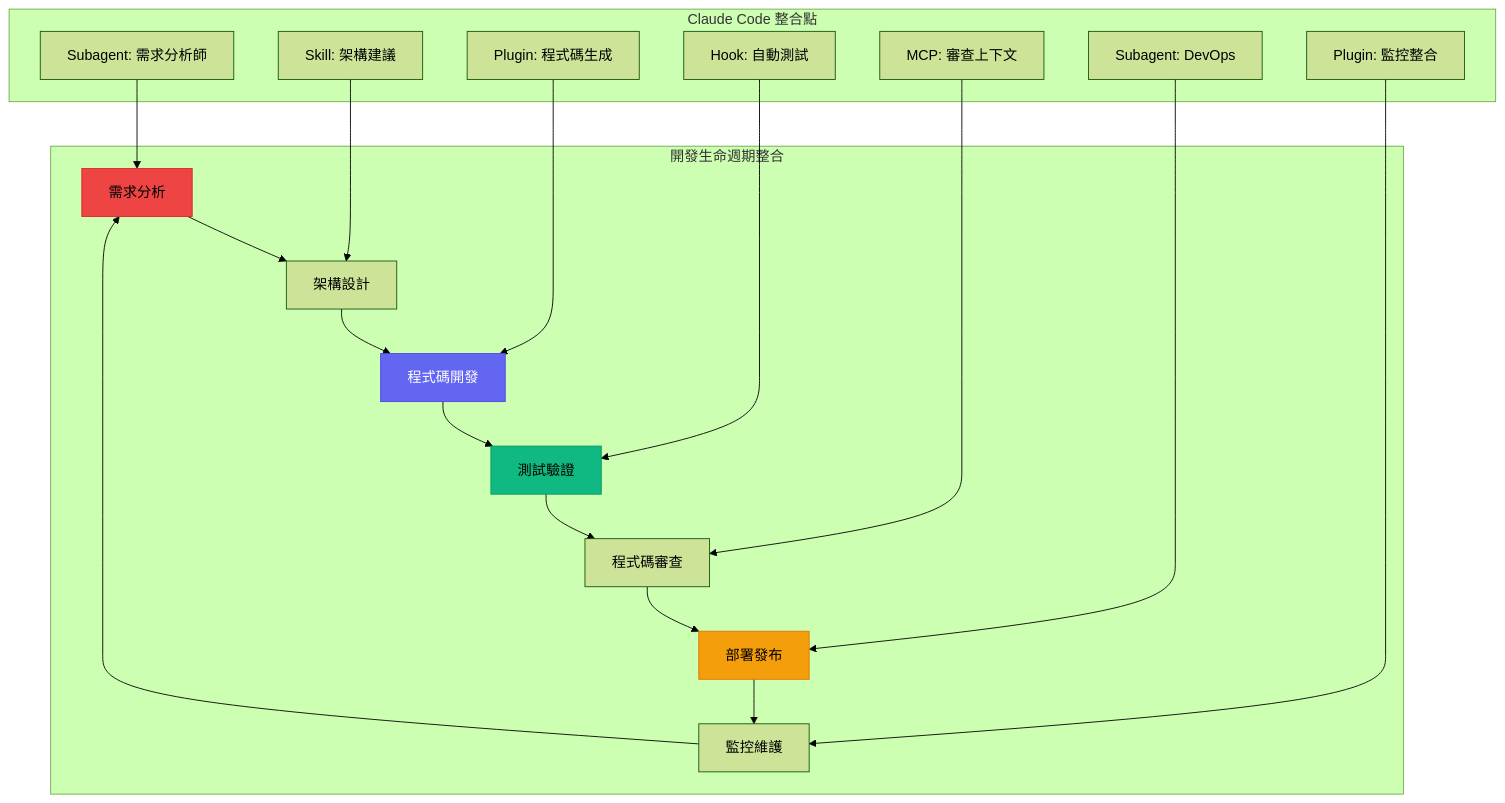
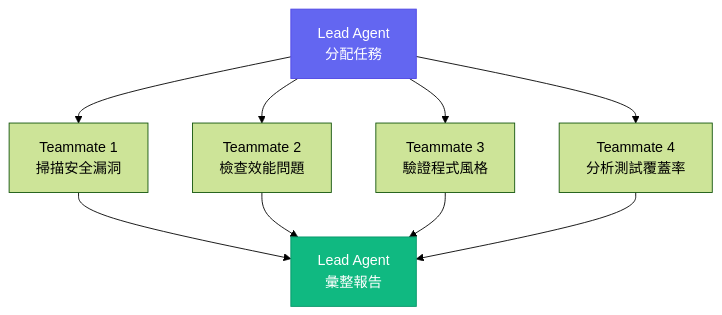
Diagram 18 of 57 in content/posts/教學/AI開發/Claude Code生態圈教學手冊.md (chihhung/Blog), drawn with Mermaid (forest theme) before and after one commit. The commit also changed other lines of this file and 3 other files, not shown here.

Commit message:
新增 OpenAI Codex 生態系教學手冊、expand_doc.py，更新 Claude Code 及 opencode 教學手冊

````diff
--- a/content/posts/教學/AI開發/Claude Code生態圈教學手冊.md
+++ b/content/posts/教學/AI開發/Claude Code生態圈教學手冊.md
@@ -6941,27 +2133,15 @@
 ```mermaid
 graph TB
-    subgraph "開發生命週期整合"
-        A[需求分析] --> B[架構設計]
-        B --> C[程式碼開發]
-        C --> D[測試驗證]
-        D --> E[程式碼審查]
-        E --> F[部署發布]
-        F --> G[監控維護]
-        G --> A
-    end
+    L[Lead Agent<br>分配任務] --> T1[Teammate 1<br>掃描安全漏洞]
+    L --> T2[Teammate 2<br>檢查效能問題]
+    L --> T3[Teammate 3<br>驗證程式風格]
+    L --> T4[Teammate 4<br>分析測試覆蓋率]
     
-    subgraph "Claude Code 整合點"
-        A1[Subagent: 需求分析師] --> A
-        B1[Skill: 架構建議] --> B
-        C1[Plugin: 程式碼生成] --> C
-        D1[Hook: 自動測試] --> D
-        E1[MCP: 審查上下文] --> E
-        F1[Subagent: DevOps] --> F
-        G1[Plugin: 監控整合] --> G
-    end
+    T1 --> R[Lead Agent<br>彙整報告]
+    T2 --> R
+    T3 --> R
+    T4 --> R
     
-    style A fill:#ef4444,stroke:#dc2626
-    style C fill:#6366f1,stroke:#4f46e5,color:#fff
-    style D fill:#10b981,stroke:#059669
-    style F fill:#f59e0b,stroke:#d97706
+    style L fill:#6366f1,stroke:#4f46e5,color:#fff
+    style R fill:#10b981,stroke:#059669,color:#fff
 ```
````
